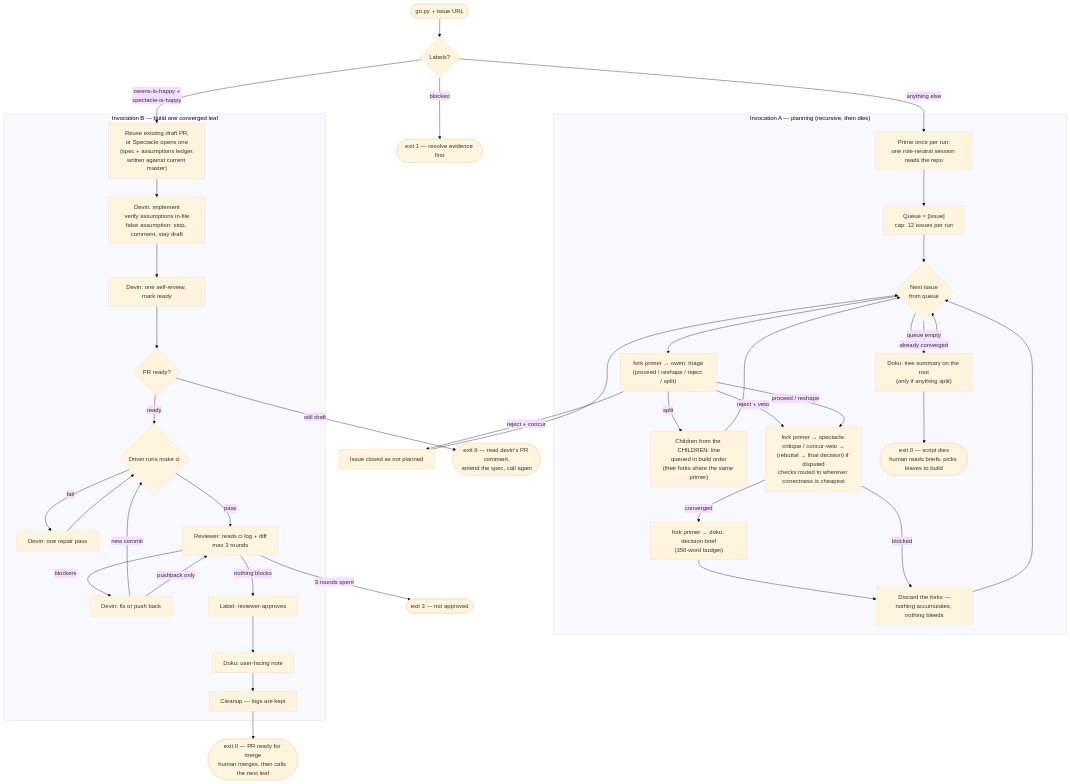
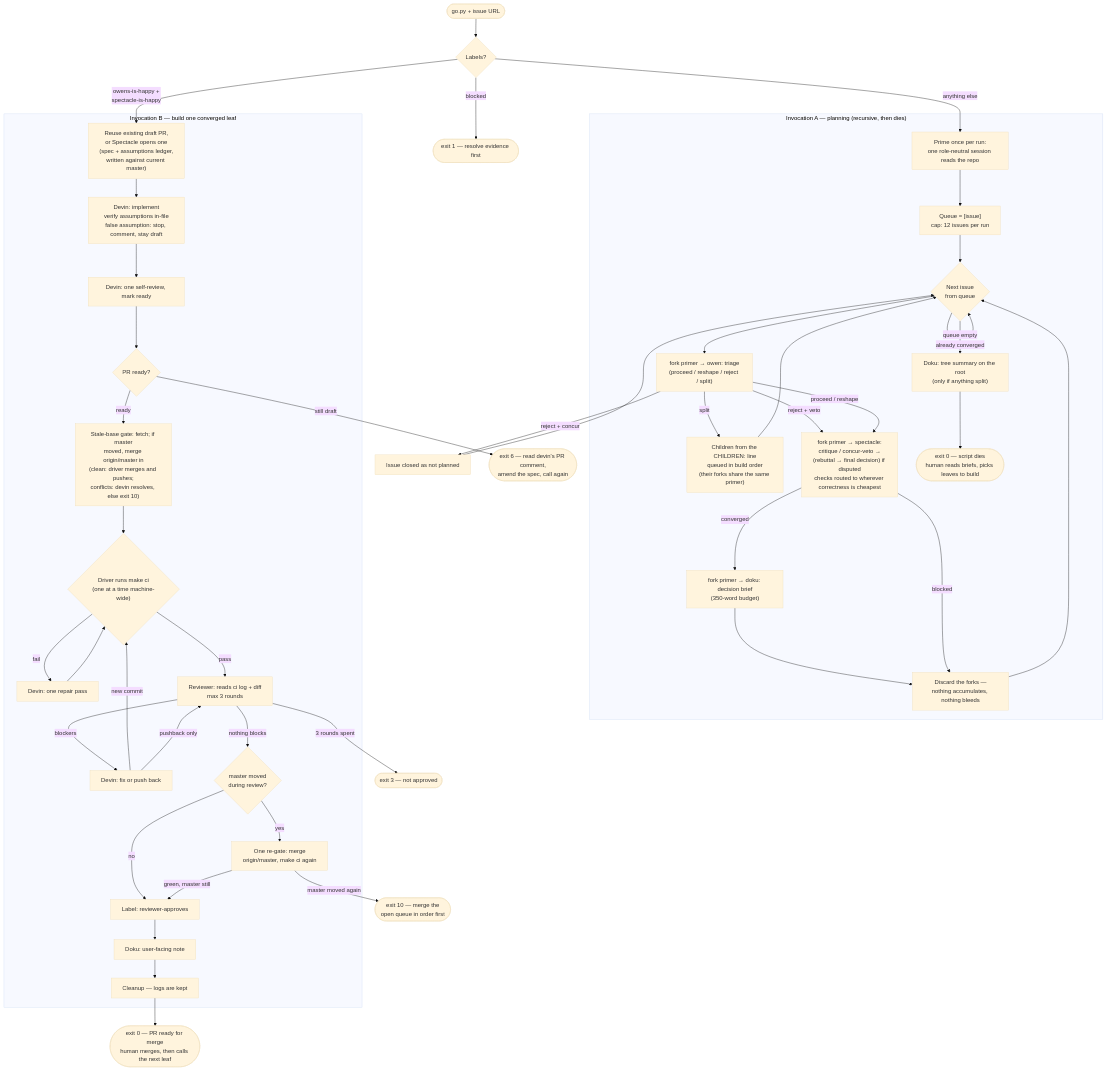
One commit to gabepsilva/agents-army-2 changed the diagram in examples/gabriels_workflow_v5/flow.md. Above: the diagram before and after it, drawn with Mermaid (base theme). The commit also changed other lines of this file and 3 other files, not shown here.

First line of the commit message:
Make gdw v5 runs safe to parallelize across issues

````diff
--- a/examples/gabriels_workflow_v5/flow.md
+++ b/examples/gabriels_workflow_v5/flow.md
@@ -8,56 +8,64 @@
 ```mermaid
 flowchart TD
     START(["go.py + issue URL"]) --> ROUTE{"Labels?"}
     ROUTE -- "blocked" --> RB(["exit 1 — resolve evidence first"])
     ROUTE -- "owens-is-happy +<br>spectacle-is-happy" --> BUILD0
     ROUTE -- "anything else" --> PRIME
 
     subgraph PLAN["Invocation A — planning (recursive, then dies)"]
         PRIME["Prime once per run:<br>one role-neutral session reads the repo"]
         PQ["Queue = [issue]<br>cap: 12 issues per run"]
         NEXT{"Next issue<br>from queue"}
         TRI["fork primer → owen: triage<br>(proceed / reshape / reject / split)"]
         SPLITN["Children from the CHILDREN: line<br>queued in build order<br>(their forks share the same primer)"]
         DEB["fork primer → spectacle:<br>critique / concur-veto →<br>(rebuttal → final decision) if disputed<br>checks routed to wherever correctness is cheapest"]
         BRIEF["fork primer → doku: decision brief<br>(350-word budget)"]
         DISC["Discard the forks —<br>nothing accumulates, nothing bleeds"]
         SUMM["Doku: tree summary on the root<br>(only if anything split)"]
         REPORT(["exit 0 — script dies<br>human reads briefs, picks leaves to build"])
     end
 
     PRIME --> PQ --> NEXT
     NEXT -- "already converged" --> NEXT
     NEXT --> TRI
     TRI -- "split" --> SPLITN --> NEXT
     TRI -- "reject + concur" --> CLOSED["Issue closed as not planned"] --> NEXT
     TRI -- "reject + veto" --> DEB
     TRI -- "proceed / reshape" --> DEB
     DEB -- "converged" --> BRIEF --> DISC --> NEXT
     DEB -- "blocked" --> DISC
     NEXT -- "queue empty" --> SUMM --> REPORT
 
     subgraph BUILDP["Invocation B — build one converged leaf"]
         BUILD0["Reuse existing draft PR,<br>or Spectacle opens one<br>(spec + assumptions ledger,<br>written against current master)"]
         Q["Devin: implement<br>verify assumptions in-file<br>false assumption: stop, comment, stay draft"]
         R["Devin: one self-review, mark ready"]
         DR{"PR ready?"}
-        S{"Driver runs make ci"}
+        SY["Stale-base gate: fetch; if master<br>moved, merge origin/master in<br>(clean: driver merges and pushes;<br>conflicts: devin resolves, else exit 10)"]
+        S{"Driver runs make ci<br>(one at a time machine-wide)"}
         T["Devin: one repair pass"]
         U["Reviewer: reads ci log + diff<br>max 3 rounds"]
         V["Devin: fix or push back"]
+        SY2{"master moved<br>during review?"}
+        REGATE["One re-gate: merge<br>origin/master, make ci again"]
         W["Label: reviewer-approves"]
         X["Doku: user-facing note"]
         Y["Cleanup — logs are kept"]
     end
 
     BUILD0 --> Q --> R --> DR
     DR -- "still draft" --> EXIT6(["exit 6 — read devin's PR comment,<br>amend the spec, call again"])
-    DR -- "ready" --> S
+    DR -- "ready" --> SY --> S
     S -- "fail" --> T --> S
     S -- "pass" --> U
     U -- "blockers" --> V
     V -- "new commit" --> S
     V -- "pushback only" --> U
-    U -- "nothing blocks" --> W --> X --> Y --> DONE(["exit 0 — PR ready for merge<br>human merges, then calls the next leaf"])
+    U -- "nothing blocks" --> SY2
+    SY2 -- "no" --> W
+    SY2 -- "yes" --> REGATE
+    REGATE -- "green, master still" --> W
+    REGATE -- "master moved again" --> EXIT10(["exit 10 — merge the<br>open queue in order first"])
+    W --> X --> Y --> DONE(["exit 0 — PR ready for merge<br>human merges, then calls the next leaf"])
     U -- "3 rounds spent" --> FAIL3(["exit 3 — not approved"])
 ```
````
